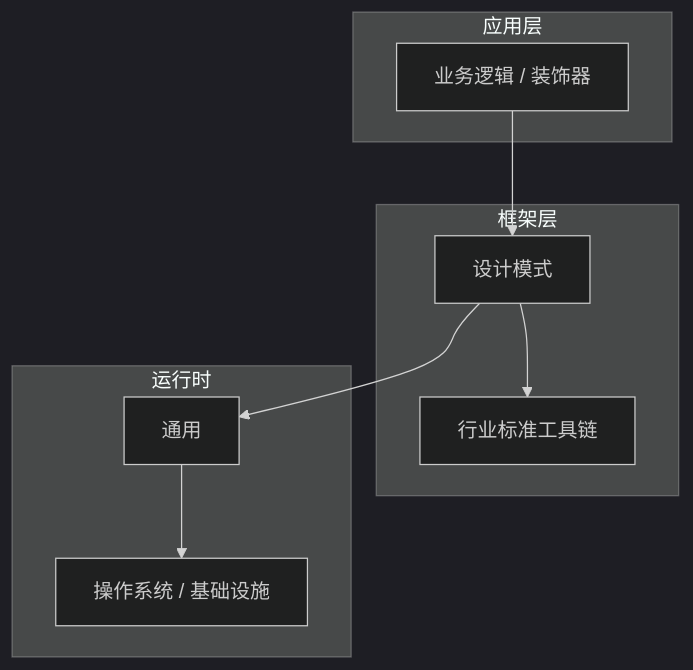
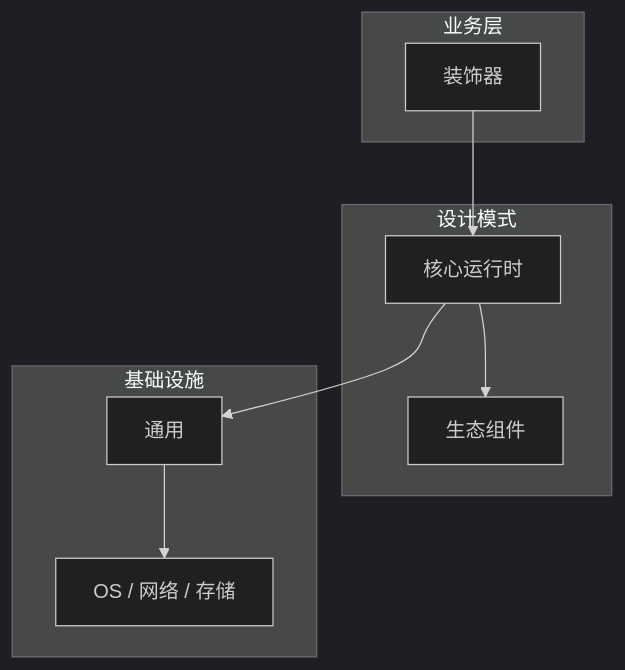
One commit to yanggan2015/knowledge-json-v2 changed the diagram in articles/设计模式/chapters/037-装饰器核心概念与原理.md. Above: the diagram before and after it, drawn with Mermaid (dark theme). The commit also changed other lines of this file and 10127 other files, not shown here.

````diff
--- a/articles/设计模式/chapters/037-装饰器核心概念与原理.md
+++ b/articles/设计模式/chapters/037-装饰器核心概念与原理.md
@@ -45,18 +34,18 @@
 ```mermaid
 graph TB
-    subgraph 应用层
-        A[业务逻辑 / 装饰器]
+    subgraph 业务层
+        A[装饰器]
     end
-    subgraph 框架层
-        B[设计模式]
-        C[行业标准工具链]
+    subgraph 设计模式
+        B[核心运行时]
+        C[生态组件]
     end
-    subgraph 运行时
+    subgraph 基础设施
         D[通用]
-        E[操作系统 / 基础设施]
+        E[OS / 网络 / 存储]
     end
     A --> B
     B --> C
     B --> D
     D --> E
 ```
````
